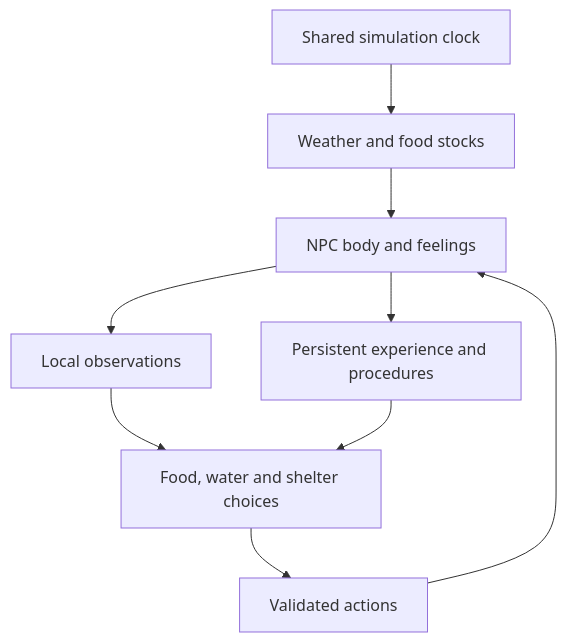
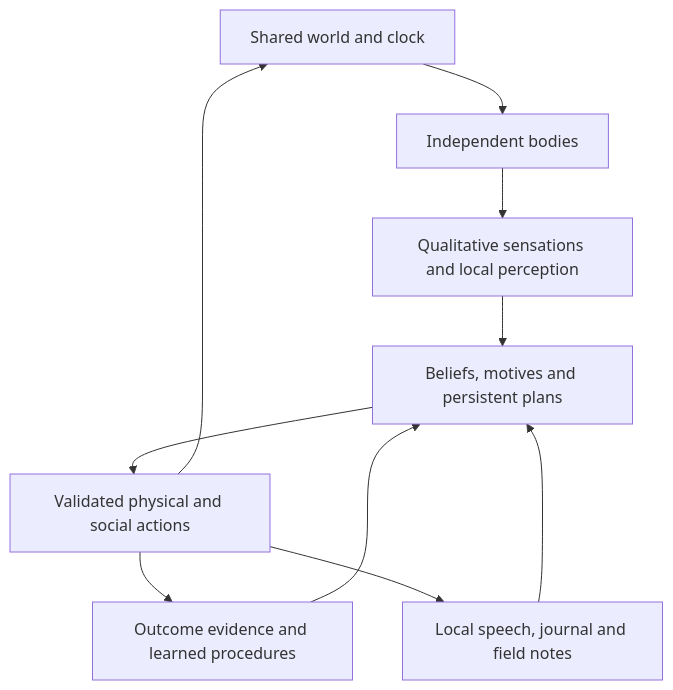
Before and after one commit to kumori-i/aincrad: the diagram in docs/architecture.md, drawn with Mermaid. The commit also changed other lines of this file and 41 other files, not shown here.

First line of the commit message:
Develop two embodied characters and a shared journal (v0.5)

````diff
--- a/docs/architecture.md
+++ b/docs/architecture.md
@@ -7,11 +7,12 @@
 ```mermaid
 flowchart TD
-    W["Shared simulation clock"] --> E["Weather and food stocks"]
-    E --> B["NPC body and feelings"]
-    B --> O["Local observations"]
-    O --> C["Food, water and shelter choices"]
-    C --> A["Validated actions"]
-    A --> B
-    B --> M["Persistent experience and procedures"]
+    W["Shared world and clock"] --> B["Independent bodies"]
+    B --> O["Qualitative sensations and local perception"]
+    O --> C["Beliefs, motives and persistent plans"]
+    C --> A["Validated physical and social actions"]
+    A --> W
+    A --> M["Outcome evidence and learned procedures"]
     M --> C
+    A --> J["Local speech, journal and field notes"]
+    J --> C
 ```
````
